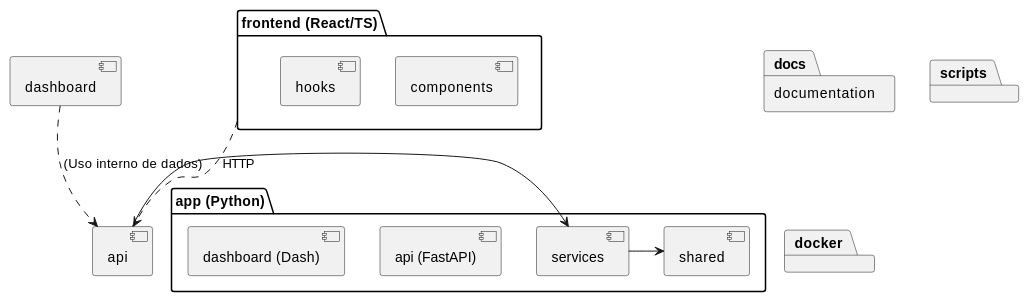
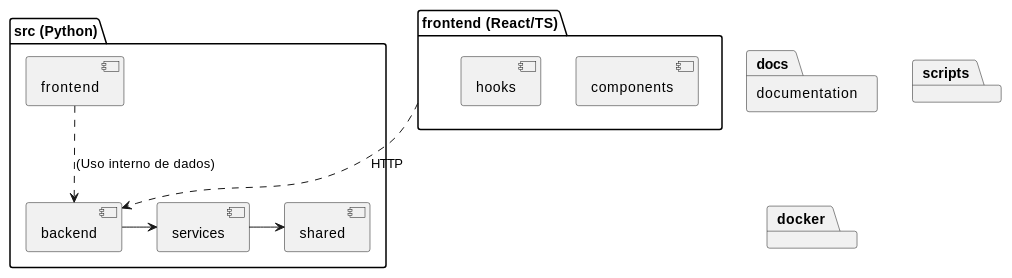
One commit to jonathan-nascimento51/glpi_dashboard_cau changed the second of 2 diagrams in docs/architecture.md. Above: the diagram before and after it, drawn with PlantUML. The commit also changed other lines of this file and 122 other files, not shown here.

Commit message:
docs: align architecture with src layout and relocate React app

```diff
--- a/docs/architecture.md
+++ b/docs/architecture.md
@@ -67,22 +66,22 @@
 @startuml
-package "app (Python)" as app {
-  [api (FastAPI)]
-  [dashboard (Dash)]
+package "src (Python)" as src {
+  [backend]
+  [frontend]
   [services]
   [shared]
 }
 
 package "frontend (React/TS)" as fe {
   [components]
   [hooks]
 }
 
 package "documentation" as docs
 package "scripts"
 package "docker"
 
-fe ..> [api] : HTTP
-[dashboard] ..> [api] : (Uso interno de dados)
-[api] -> [services]
+fe ..> [backend] : HTTP
+[frontend] ..> [backend] : (Uso interno de dados)
+[backend] -> [services]
 [services] -> [shared]
 @enduml
```
